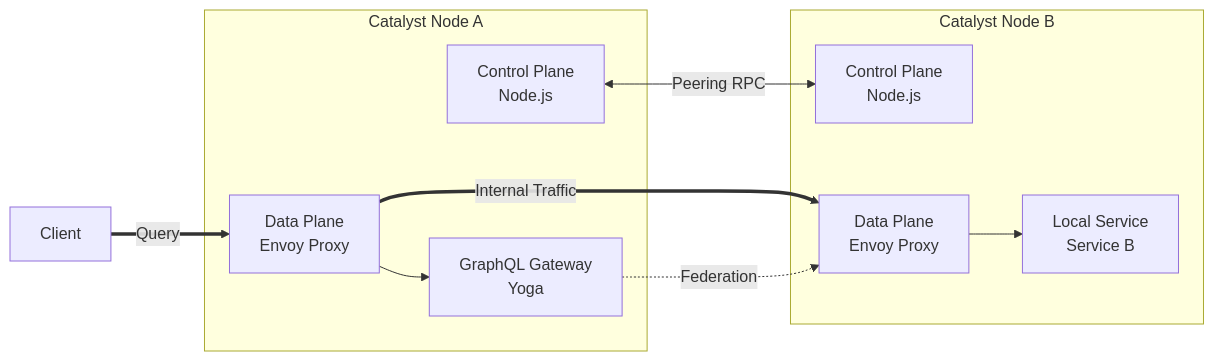
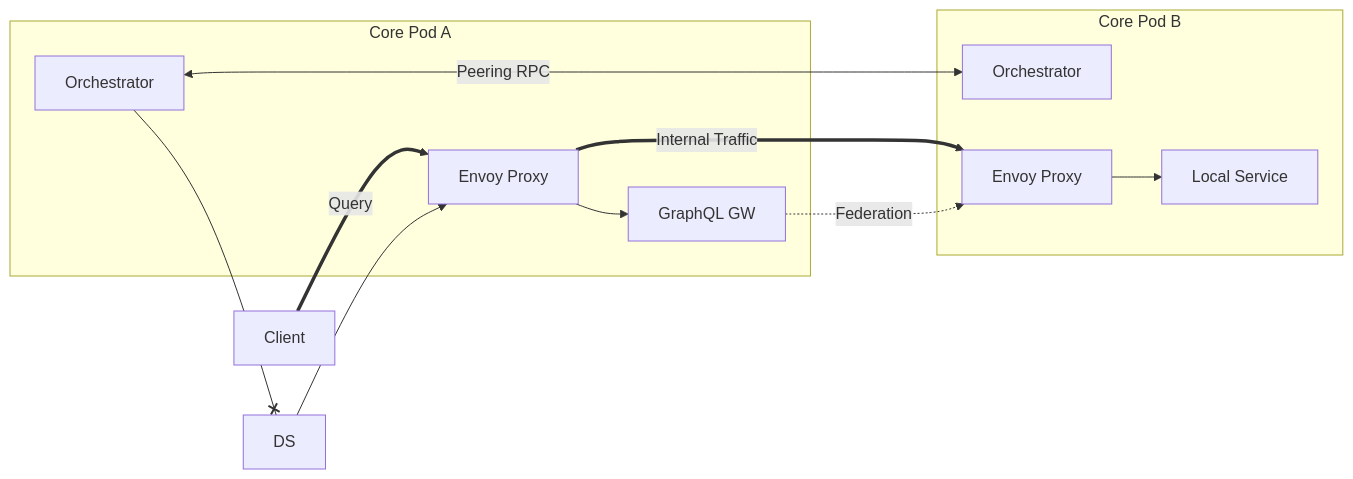
One commit to orbisoperations/catalyst-router changed the first of 3 diagrams in MILESTONE.md. Above: the diagram before and after it, drawn with Mermaid. The commit also changed other lines of this file and 6 other files, not shown here.

Commit message:
feat: architecture change

````diff
--- a/MILESTONE.md
+++ b/MILESTONE.md
@@ -126,21 +117,22 @@
 ```mermaid
 graph LR
-    subgraph NodeA [Catalyst Node A]
-        CA[Control Plane<br/>Node.js]
-        DA[Data Plane<br/>Envoy Proxy]
-        GA[GraphQL Gateway<br/>Yoga]
+    subgraph PodA [Core Pod A]
+        OrchA[Orchestrator]
+        EnvoyA[Envoy Proxy]
+        GQLA[GraphQL GW]
     end
-    subgraph NodeB [Catalyst Node B]
-        CB[Control Plane<br/>Node.js]
-        DB[Data Plane<br/>Envoy Proxy]
-        SB[Local Service<br/>Service B]
+    subgraph PodB [Core Pod B]
+        OrchB[Orchestrator]
+        EnvoyB[Envoy Proxy]
+        SvcB[Local Service]
     end
     
-    Client[Client] ==>|Query| DA
+    Client[Client] ==>|Query| EnvoyA
     
-    CA <-->|Peering RPC| CB
-    DA ==>|Internal Traffic| DB
-    DA --> GA
-    GA -.->|Federation| DB
-    DB --> SB
+    OrchA <-->|Peering RPC| OrchB
+    OrchA --xDS--> EnvoyA
+    EnvoyA ==>|Internal Traffic| EnvoyB
+    EnvoyA --> GQLA
+    GQLA -.->|Federation| EnvoyB
+    EnvoyB --> SvcB
 ```
````
